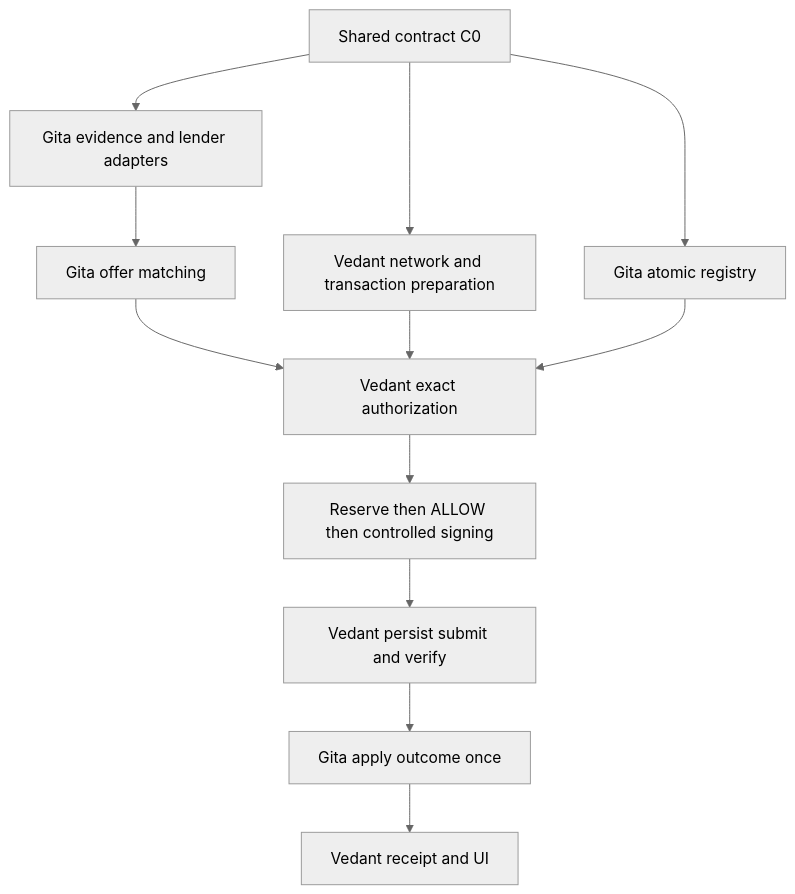
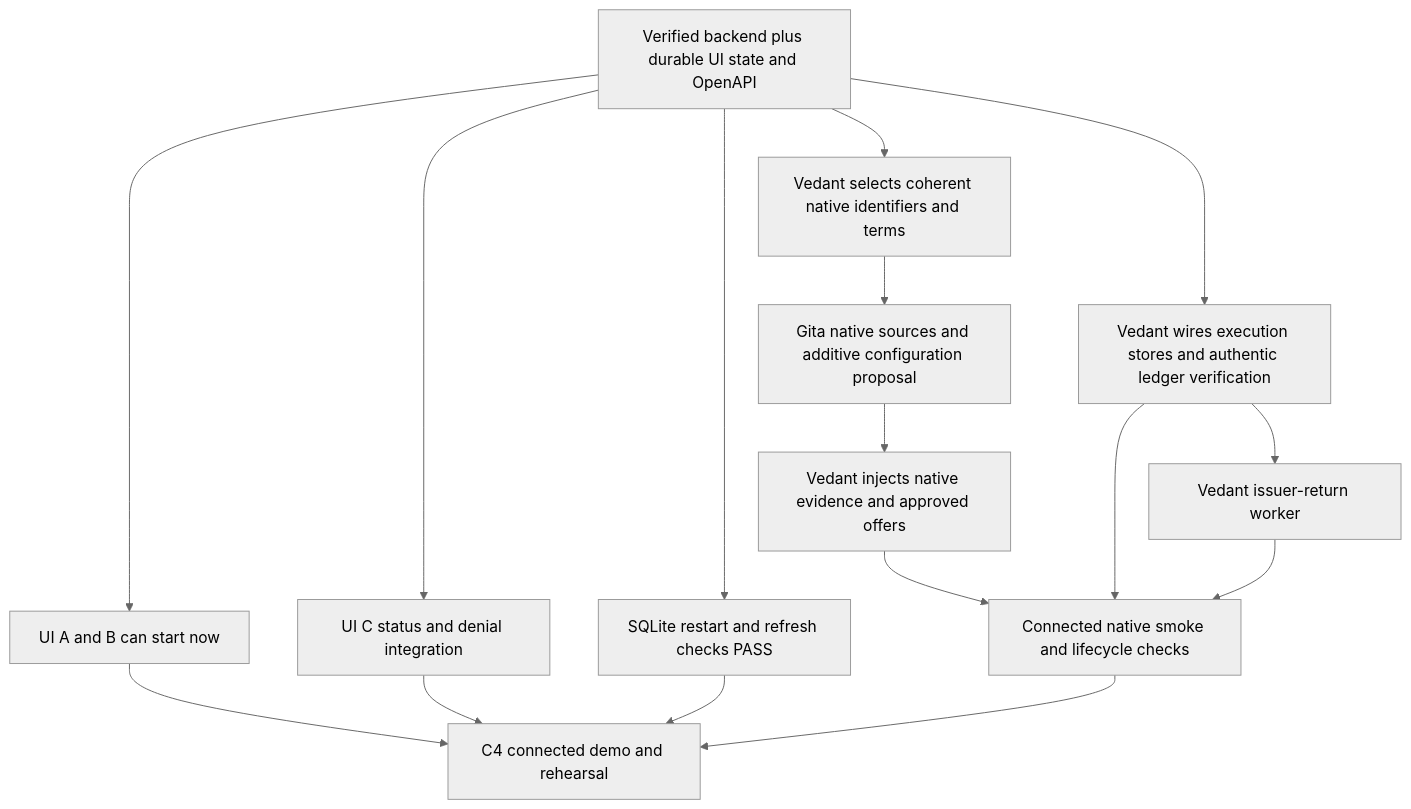
One commit to vedantd/shellfish changed the diagram in docs/agent/WORK-BOARD.md. Above: the diagram before and after it, drawn with Mermaid (neutral theme). The commit also changed other lines of this file and 19 other files, not shown here.

First line of the commit message:
feat: persist credit UI state and publish OpenAPI contract

````diff
--- a/docs/agent/WORK-BOARD.md
+++ b/docs/agent/WORK-BOARD.md
@@ -35,14 +35,18 @@
 ```mermaid
 flowchart TD
-  C[Shared contract C0] --> G[Gita evidence and lender adapters]
-  G --> M[Gita offer matching]
-  C --> R[Gita atomic registry]
-  C --> V[Vedant network and transaction preparation]
-  M --> A[Vedant exact authorization]
-  V --> A
-  R --> A
-  A --> S[Reserve then ALLOW then controlled signing]
-  S --> X[Vedant persist submit and verify]
-  X --> E[Gita apply outcome once]
-  E --> U[Vedant receipt and UI]
+  A[Verified backend plus durable UI state and OpenAPI] --> U[UI A and B can start now]
+  A --> C[UI C status and denial integration]
+  A --> R[SQLite restart and refresh checks PASS]
+  A --> N[Vedant selects coherent native identifiers and terms]
+  N --> S[Gita native sources and additive configuration proposal]
+  S --> I[Vedant injects native evidence and approved offers]
+  A --> X[Vedant wires execution stores and authentic ledger verification]
+  X --> P[Vedant issuer-return worker]
+  I --> L[Connected native smoke and lifecycle checks]
+  X --> L
+  P --> L
+  U --> D[C4 connected demo and rehearsal]
+  C --> D
+  R --> D
+  L --> D
 ```
````
